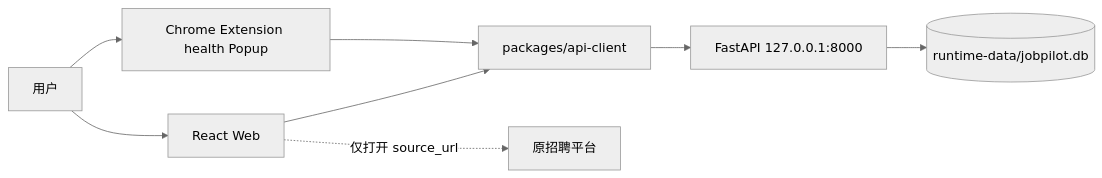
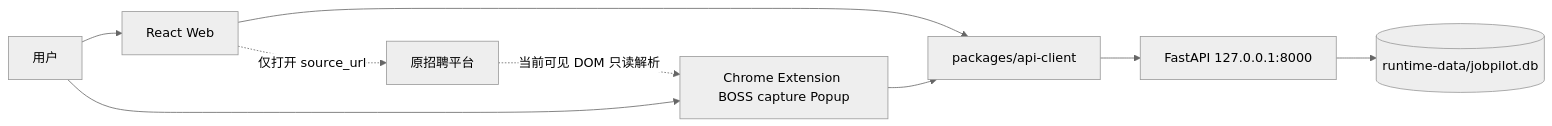
The diagram in docs/ARCHITECTURE.md (xiaoxin12138888-svg/JobPilot), drawn with Mermaid (neutral theme) before and after one commit. The commit also changed other lines of this file and 12 other files, not shown here.

Commit message:
docs: freeze phase 4 boss capture contract

````diff
--- a/docs/ARCHITECTURE.md
+++ b/docs/ARCHITECTURE.md
@@ -8,18 +8,19 @@
 ```mermaid
 flowchart LR
     U[用户]
     W[React Web]
-    E[Chrome Extension health Popup]
+    E[Chrome Extension BOSS capture Popup]
     C[packages/api-client]
     A[FastAPI 127.0.0.1:8000]
     S[(runtime-data/jobpilot.db)]
     R[原招聘平台]
 
     U --> W
     U --> E
     W --> C
     E --> C
     C --> A
     A --> S
+    R -. 当前可见 DOM 只读解析 .-> E
     W -. 仅打开 source_url .-> R
 ```
````
